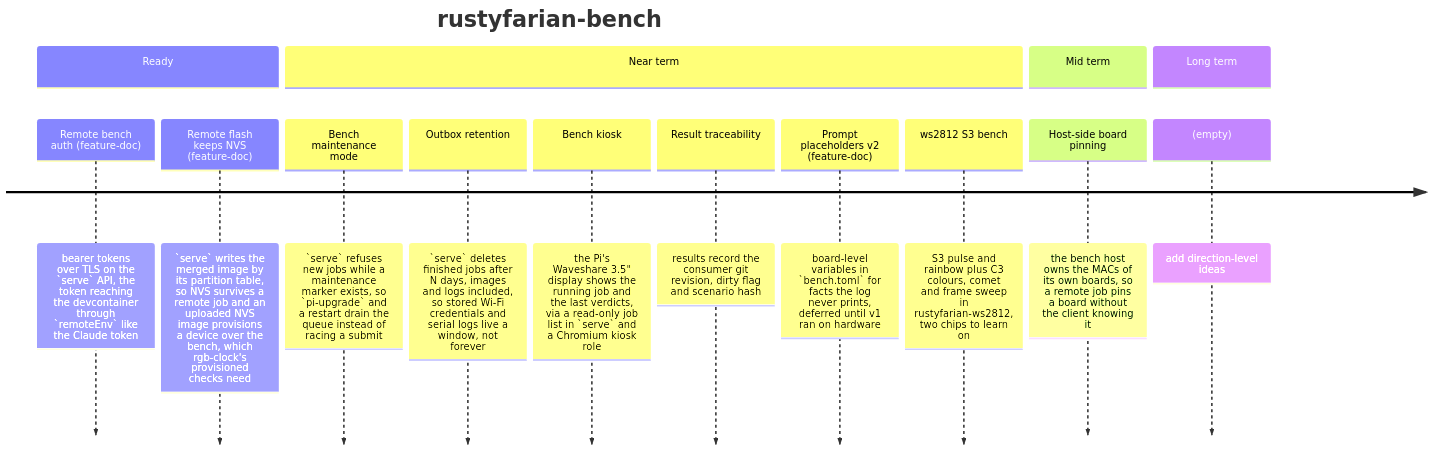
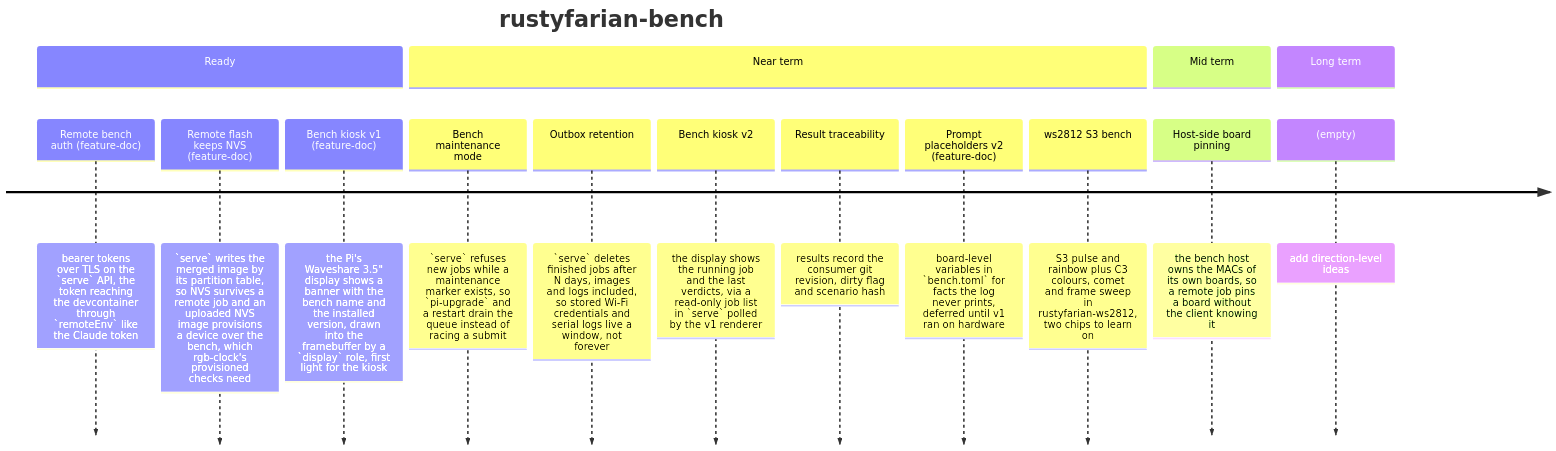
Before and after one commit to datenkollektiv/rustyfarian-bench: the diagram in docs/ROADMAP.md, drawn with Mermaid. The commit also changed 4 other files, not shown here.

First line of the commit message:
Add the bench kiosk v1 feature doc

````diff
--- a/docs/ROADMAP.md
+++ b/docs/ROADMAP.md
@@ -8,18 +8,19 @@
 ```mermaid
 timeline
     title rustyfarian-bench
     section Ready
         Remote bench auth (feature-doc) : bearer tokens over TLS on the `serve` API, the token reaching the devcontainer through `remoteEnv` like the Claude token
         Remote flash keeps NVS (feature-doc) : `serve` writes the merged image by its partition table, so NVS survives a remote job and an uploaded NVS image provisions a device over the bench, which rgb-clock's provisioned checks need
+        Bench kiosk v1 (feature-doc) : the Pi's Waveshare 3.5" display shows a banner with the bench name and the installed version, drawn into the framebuffer by a `display` role, first light for the kiosk
     section Near term
         Bench maintenance mode : `serve` refuses new jobs while a maintenance marker exists, so `pi-upgrade` and a restart drain the queue instead of racing a submit
         Outbox retention : `serve` deletes finished jobs after N days, images and logs included, so stored Wi-Fi credentials and serial logs live a window, not forever
-        Bench kiosk : the Pi's Waveshare 3.5" display shows the running job and the last verdicts, via a read-only job list in `serve` and a Chromium kiosk role
+        Bench kiosk v2 : the display shows the running job and the last verdicts, via a read-only job list in `serve` polled by the v1 renderer
         Result traceability : results record the consumer git revision, dirty flag and scenario hash
         Prompt placeholders v2 (feature-doc) : board-level variables in `bench.toml` for facts the log never prints, deferred until v1 ran on hardware
         ws2812 S3 bench : S3 pulse and rainbow plus C3 colours, comet and frame sweep in rustyfarian-ws2812, two chips to learn on
     section Mid term
         Host-side board pinning : the bench host owns the MACs of its own boards, so a remote job pins a board without the client knowing it
     section Long term
         (empty) : add direction-level ideas
 ```
````
